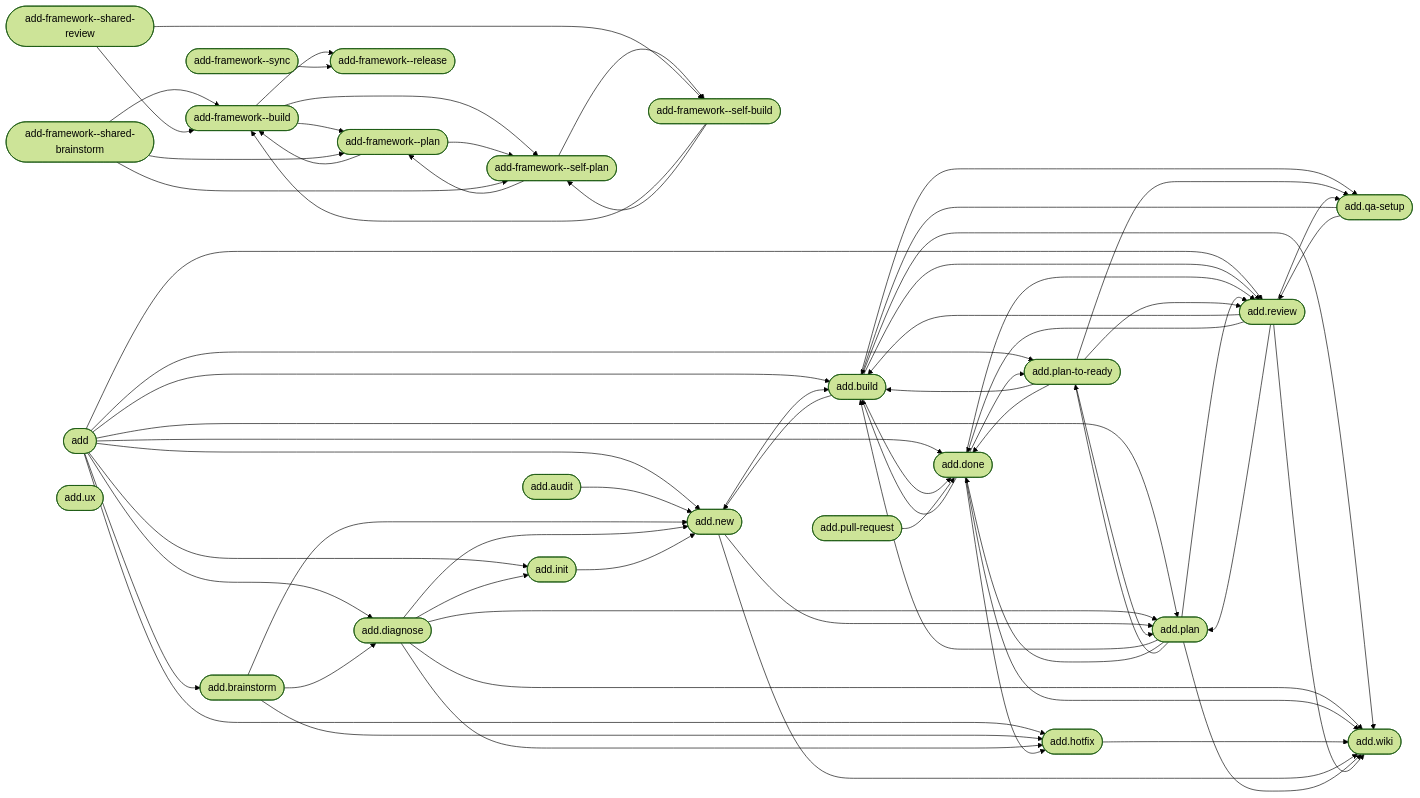
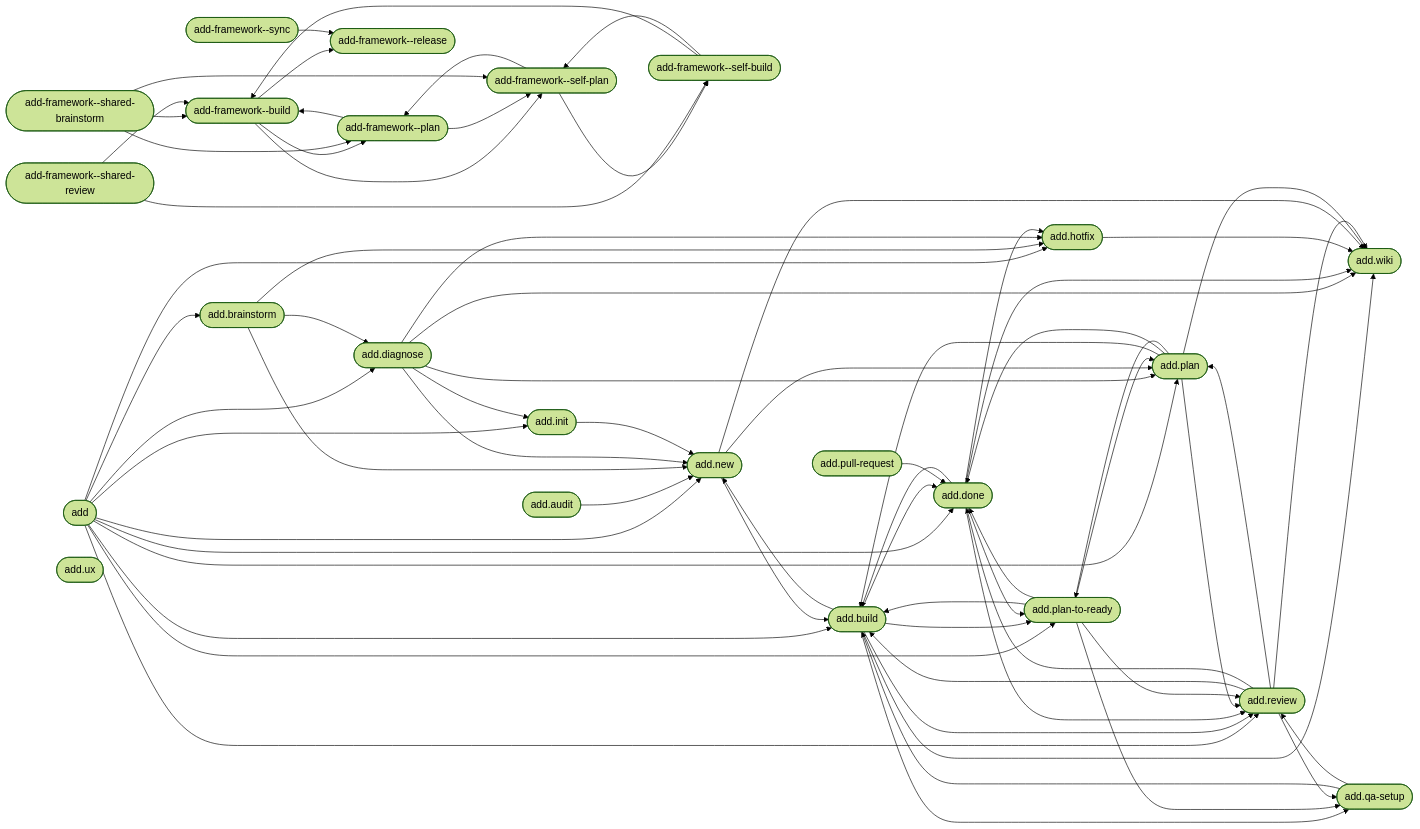
The diagram in web/public/artefact-graph.mmd (brabos-ai/code-addiction), drawn with Mermaid (forest theme) before and after one commit. The commit also changed 56 other files, not shown here.

```diff
--- a/web/public/artefact-graph.mmd
+++ b/web/public/artefact-graph.mmd
@@ -1,92 +1,93 @@
 flowchart LR
     n_internal_command_add_framework__build(["add-framework--build"])
     n_internal_command_add_framework__plan(["add-framework--plan"])
     n_internal_command_add_framework__release(["add-framework--release"])
     n_internal_command_add_framework__self_build(["add-framework--self-build"])
     n_internal_command_add_framework__self_plan(["add-framework--self-plan"])
     n_internal_command_add_framework__shared_brainstorm(["add-framework--shared-brainstorm"])
     n_internal_command_add_framework__shared_review(["add-framework--shared-review"])
     n_internal_command_add_framework__sync(["add-framework--sync"])
     n_product_command_add(["add"])
     n_product_command_add_audit(["add.audit"])
     n_product_command_add_brainstorm(["add.brainstorm"])
     n_product_command_add_build(["add.build"])
     n_product_command_add_diagnose(["add.diagnose"])
     n_product_command_add_done(["add.done"])
     n_product_command_add_hotfix(["add.hotfix"])
     n_product_command_add_init(["add.init"])
     n_product_command_add_new(["add.new"])
     n_product_command_add_plan(["add.plan"])
     n_product_command_add_plan_to_ready(["add.plan-to-ready"])
     n_product_command_add_pull_request(["add.pull-request"])
     n_product_command_add_qa_setup(["add.qa-setup"])
     n_product_command_add_review(["add.review"])
     n_product_command_add_ux(["add.ux"])
     n_product_command_add_wiki(["add.wiki"])
     n_internal_command_add_framework__build --> n_internal_command_add_framework__plan
     n_internal_command_add_framework__build --> n_internal_command_add_framework__release
     n_internal_command_add_framework__build --> n_internal_command_add_framework__self_plan
     n_internal_command_add_framework__plan --> n_internal_command_add_framework__build
     n_internal_command_add_framework__plan --> n_internal_command_add_framework__self_plan
     n_internal_command_add_framework__self_build --> n_internal_command_add_framework__build
     n_internal_command_add_framework__self_build --> n_internal_command_add_framework__self_plan
     n_internal_command_add_framework__self_plan --> n_internal_command_add_framework__plan
     n_internal_command_add_framework__self_plan --> n_internal_command_add_framework__self_build
     n_internal_command_add_framework__shared_brainstorm --> n_internal_command_add_framework__build
     n_internal_command_add_framework__shared_brainstorm --> n_internal_command_add_framework__plan
     n_internal_command_add_framework__shared_brainstorm --> n_internal_command_add_framework__self_plan
     n_internal_command_add_framework__shared_review --> n_internal_command_add_framework__build
     n_internal_command_add_framework__shared_review --> n_internal_command_add_framework__self_build
     n_internal_command_add_framework__sync --> n_internal_command_add_framework__release
     n_product_command_add --> n_product_command_add_brainstorm
     n_product_command_add --> n_product_command_add_build
     n_product_command_add --> n_product_command_add_diagnose
     n_product_command_add --> n_product_command_add_done
     n_product_command_add --> n_product_command_add_hotfix
     n_product_command_add --> n_product_command_add_init
     n_product_command_add --> n_product_command_add_new
     n_product_command_add --> n_product_command_add_plan
     n_product_command_add --> n_product_command_add_plan_to_ready
     n_product_command_add --> n_product_command_add_review
     n_product_command_add_audit --> n_product_command_add_new
     n_product_command_add_brainstorm --> n_product_command_add_diagnose
     n_product_command_add_brainstorm --> n_product_command_add_hotfix
     n_product_command_add_brainstorm --> n_product_command_add_new
     n_product_command_add_build --> n_product_command_add_done
     n_product_command_add_build --> n_product_command_add_new
+    n_product_command_add_build --> n_product_command_add_plan_to_ready
     n_product_command_add_build --> n_product_command_add_qa_setup
     n_product_command_add_build --> n_product_command_add_review
     n_product_command_add_build --> n_product_command_add_wiki
     n_product_command_add_diagnose --> n_product_command_add_hotfix
     n_product_command_add_diagnose --> n_product_command_add_init
     n_product_command_add_diagnose --> n_product_command_add_new
     n_product_command_add_diagnose --> n_product_command_add_plan
     n_product_command_add_diagnose --> n_product_command_add_wiki
     n_product_command_add_done --> n_product_command_add_build
     n_product_command_add_done --> n_product_command_add_hotfix
     n_product_command_add_done --> n_product_command_add_plan_to_ready
     n_product_command_add_done --> n_product_command_add_review
     n_product_command_add_done --> n_product_command_add_wiki
     n_product_command_add_hotfix --> n_product_command_add_wiki
     n_product_command_add_init --> n_product_command_add_new
     n_product_command_add_new --> n_product_command_add_build
     n_product_command_add_new --> n_product_command_add_plan
     n_product_command_add_new --> n_product_command_add_wiki
     n_product_command_add_plan --> n_product_command_add_build
     n_product_command_add_plan --> n_product_command_add_done
     n_product_command_add_plan --> n_product_command_add_plan_to_ready
     n_product_command_add_plan --> n_product_command_add_review
     n_product_command_add_plan --> n_product_command_add_wiki
     n_product_command_add_plan_to_ready --> n_product_command_add_build
     n_product_command_add_plan_to_ready --> n_product_command_add_done
     n_product_command_add_plan_to_ready --> n_product_command_add_plan
     n_product_command_add_plan_to_ready --> n_product_command_add_qa_setup
     n_product_command_add_plan_to_ready --> n_product_command_add_review
     n_product_command_add_pull_request --> n_product_command_add_done
     n_product_command_add_qa_setup --> n_product_command_add_build
     n_product_command_add_qa_setup --> n_product_command_add_review
     n_product_command_add_review --> n_product_command_add_build
     n_product_command_add_review --> n_product_command_add_done
     n_product_command_add_review --> n_product_command_add_plan
     n_product_command_add_review --> n_product_command_add_qa_setup
     n_product_command_add_review --> n_product_command_add_wiki
```
